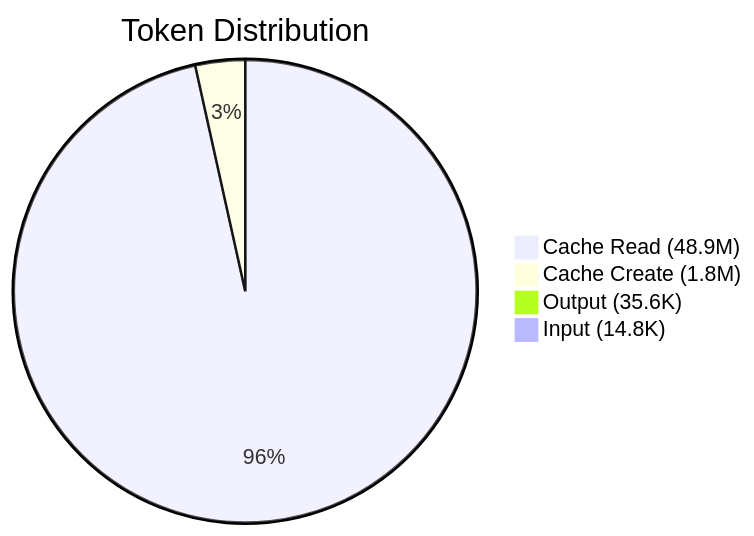
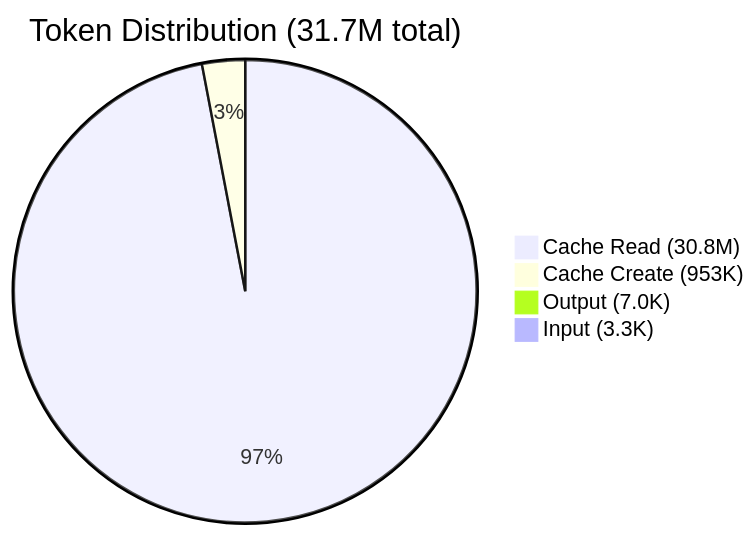
The fifth of 8 diagrams in README.md (atlantdak/claude-code-hackathon-xbo-market-kit), drawn with Mermaid before and after one commit. The commit also changed other lines of this file and 4 other files, not shown here.

````diff
--- a/README.md
+++ b/README.md
@@ -87,7 +102,7 @@
 ```mermaid
-pie title Token Distribution
-    "Cache Read (48.9M)" : 48858
-    "Cache Create (1.8M)" : 1758
-    "Output (35.6K)" : 36
-    "Input (14.8K)" : 15
+pie title Token Distribution (31.7M total)
+    "Cache Read (30.8M)" : 30766
+    "Cache Create (953K)" : 953
+    "Output (7.0K)" : 7
+    "Input (3.3K)" : 3
 ```
````
